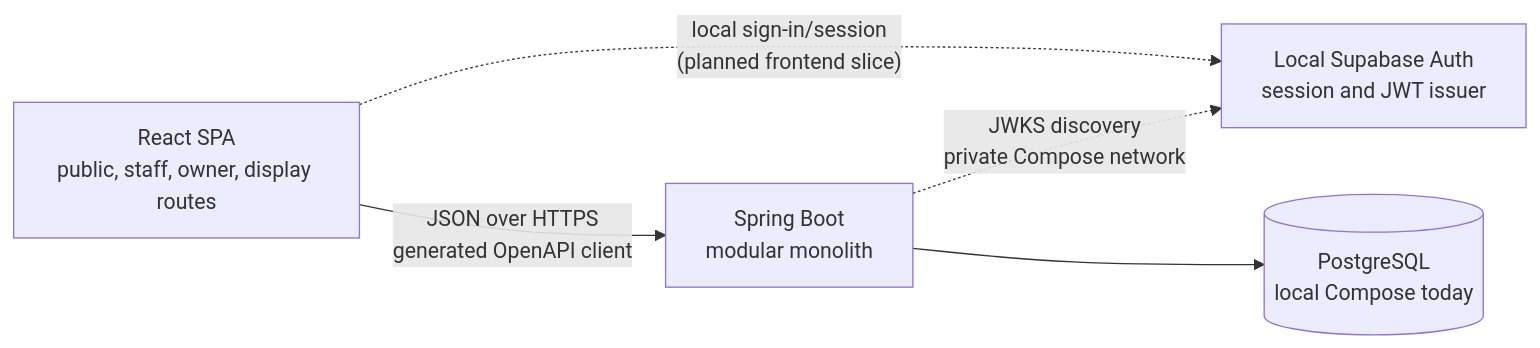
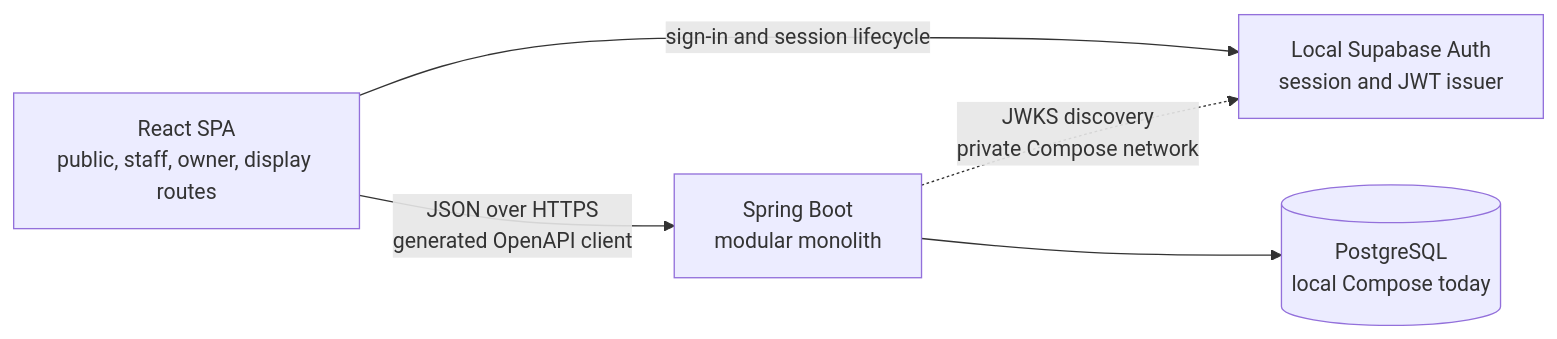
The diagram in docs/architecture/overview.md (Cyrus-Krispin/bubble-tea-shop), drawn with Mermaid before and after one commit. The commit also changed other lines of this file and 9 other files, not shown here.

````diff
--- a/docs/architecture/overview.md
+++ b/docs/architecture/overview.md
@@ -7,12 +7,12 @@
 ```mermaid
 flowchart LR
     UI["React SPA<br/>public, staff, owner, display routes"]
     API["Spring Boot<br/>modular monolith"]
     AUTH["Local Supabase Auth<br/>session and JWT issuer"]
     DB[("PostgreSQL<br/>local Compose today")]
 
     UI -->|"JSON over HTTPS<br/>generated OpenAPI client"| API
-    UI -.->|"local sign-in/session<br/>(planned frontend slice)"| AUTH
+    UI -->|"sign-in and session lifecycle"| AUTH
     API -.->|"JWKS discovery<br/>private Compose network"| AUTH
     API --> DB
 ```
````
